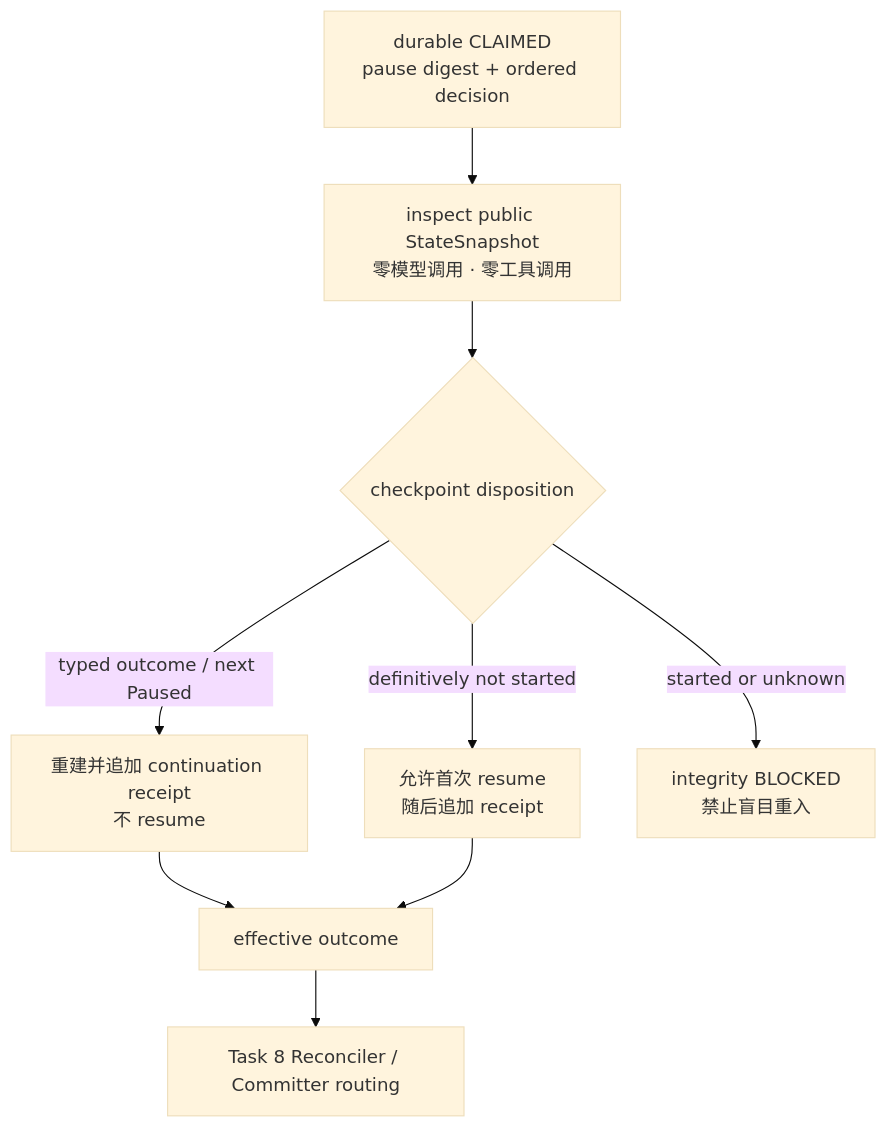
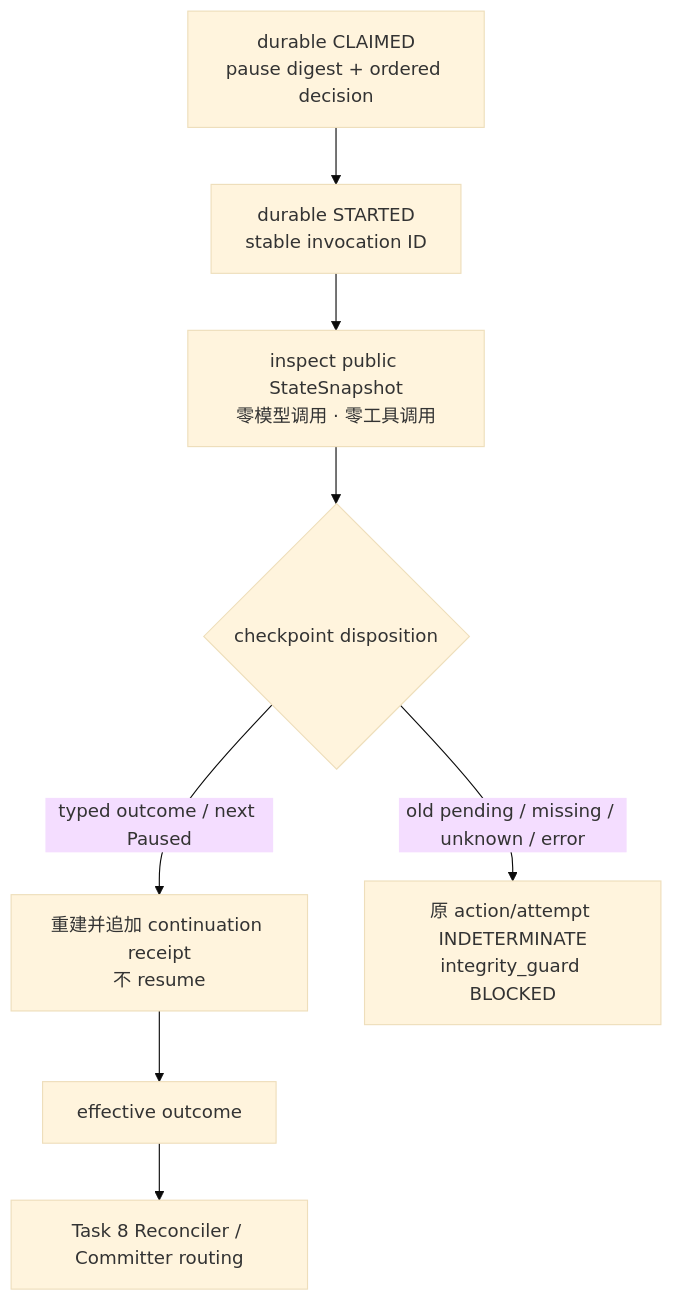
The third of 4 diagrams in docs/design-docs/dynamic-agent-orchestration.md (Valkure-Yip/ai-book-interpreter), drawn with Mermaid (base theme) before and after one commit. The commit also changed other lines of this file and 10 other files, not shown here.

````diff
--- a/docs/design-docs/dynamic-agent-orchestration.md
+++ b/docs/design-docs/dynamic-agent-orchestration.md
@@ -685,11 +691,10 @@
 ```mermaid
 flowchart TD
-    C["durable CLAIMED<br/>pause digest + ordered decision"] --> I["inspect public StateSnapshot<br/>零模型调用 · 零工具调用"]
+    C["durable CLAIMED<br/>pause digest + ordered decision"] --> S["durable STARTED<br/>stable invocation ID"]
+    S --> I["inspect public StateSnapshot<br/>零模型调用 · 零工具调用"]
     I --> O{"checkpoint disposition"}
     O -- "typed outcome / next Paused" --> A["重建并追加 continuation receipt<br/>不 resume"]
-    O -- "definitively not started" --> R["允许首次 resume<br/>随后追加 receipt"]
-    O -- "started or unknown" --> B["integrity BLOCKED<br/>禁止盲目重入"]
+    O -- "old pending / missing / unknown / error" --> B["原 action/attempt INDETERMINATE<br/>integrity_guard BLOCKED"]
     A --> E["effective outcome"]
-    R --> E
     E --> T["Task 8 Reconciler / Committer routing"]
 ```
````
